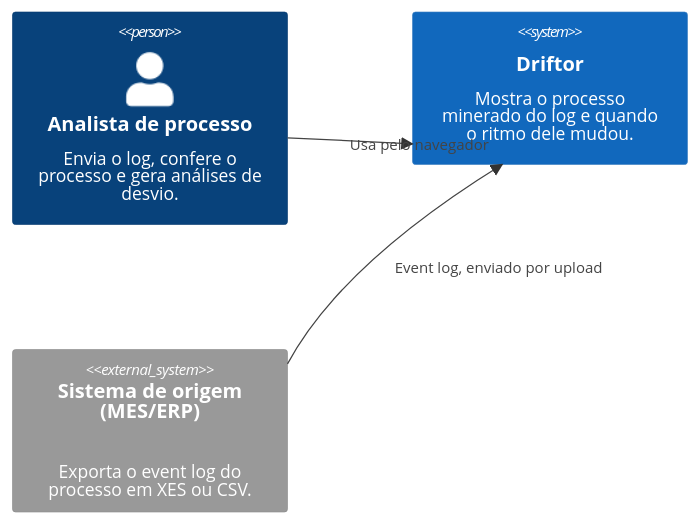
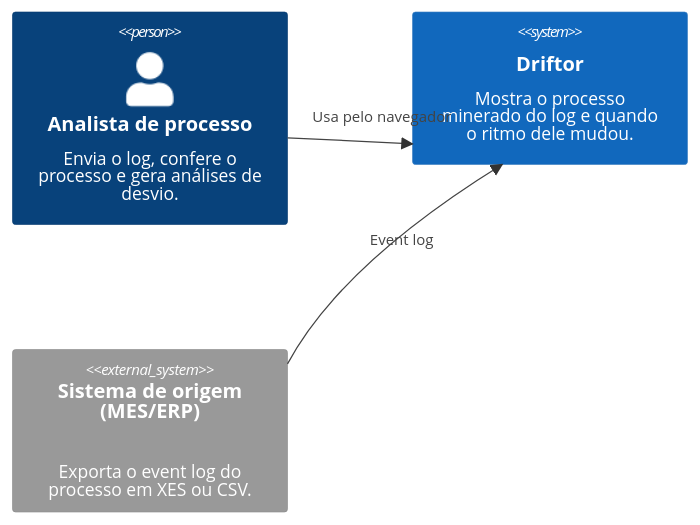
The first of 10 diagrams in driftor/arc42.md (aland3r/deviante-docs), drawn with Mermaid before and after one commit.

Commit message:
ajusta rótulos do c4 de contexto do driftor

````diff
--- a/driftor/arc42.md
+++ b/driftor/arc42.md
@@ -97,13 +97,16 @@
 ```mermaid
 %%{init: {"wrap": true, "c4": {"width": 220, "wrap": true}}}%%
 C4Context
 
     Person(analista, "Analista de processo", "Envia o log, confere o processo e gera análises de desvio.")
     System(driftor, "Driftor", "Mostra o processo minerado do log e quando o ritmo dele mudou.")
     System_Ext(mes, "Sistema de origem (MES/ERP)", "Exporta o event log do processo em XES ou CSV.")
 
     Rel(analista, driftor, "Usa pelo navegador")
-    Rel(mes, driftor, "Event log, enviado por upload")
+    Rel(mes, driftor, "Event log")
+
+    UpdateRelStyle(mes, driftor, $offsetX="-20", $offsetY="-22")
+    UpdateRelStyle(analista, driftor, $offsetX="-30", $offsetY="-22")
 
     UpdateLayoutConfig($c4ShapeInRow="3", $c4BoundaryInRow="1")
 ```
````
